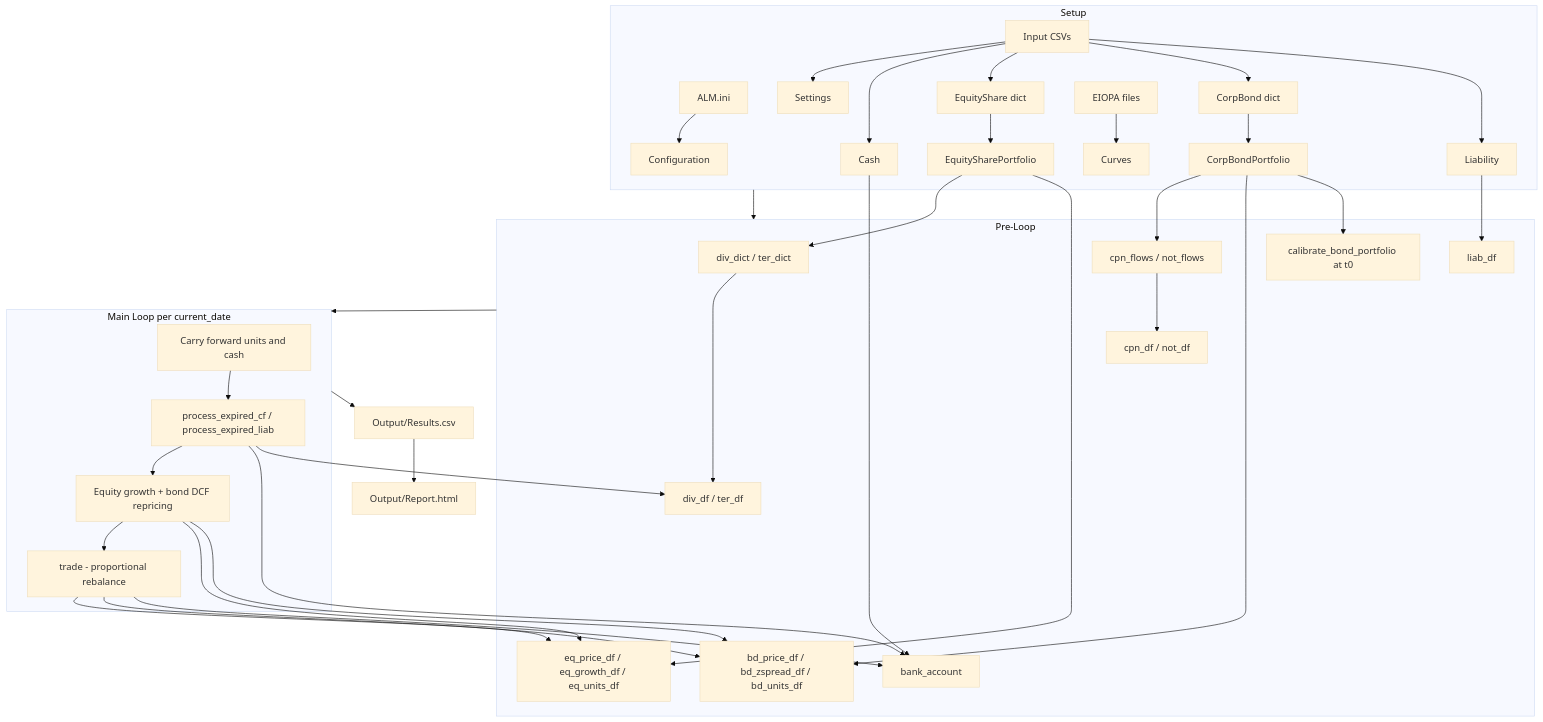
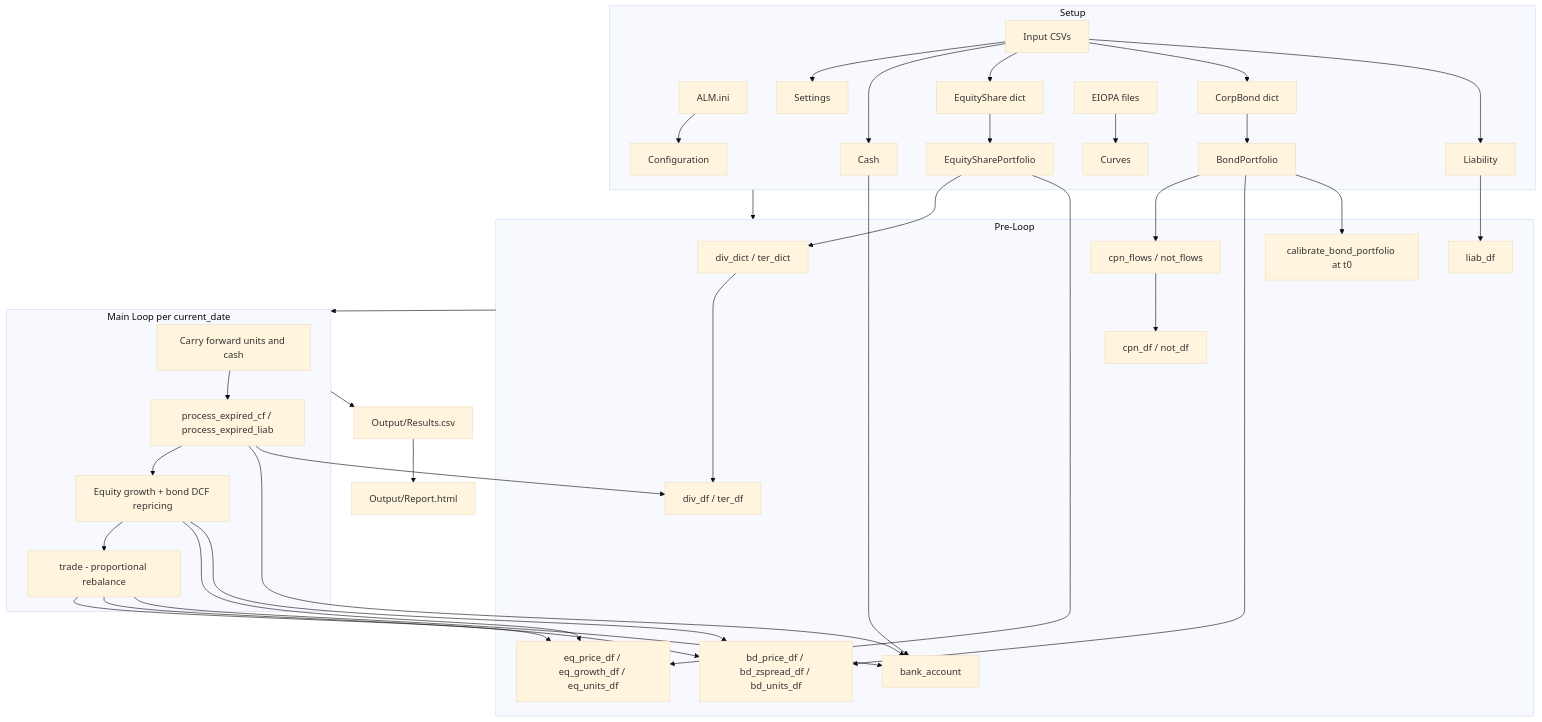
The diagram in AGENTS.md (open-source-modelling/Open_Source_Economic_Model), drawn with Mermaid (base theme) before and after one commit. The commit also changed other lines of this file and 7 other files, not shown here.

````diff
--- a/AGENTS.md
+++ b/AGENTS.md
@@ -41,45 +41,45 @@
 ```mermaid
 flowchart TB
     subgraph setup [Setup]
         INI[ALM.ini] --> conf[Configuration]
         CSV[Input CSVs] --> settings[Settings]
         CSV --> cashObj[Cash]
         CSV --> eqInput[EquityShare dict]
         CSV --> bdInput[CorpBond dict]
         CSV --> liabObj[Liability]
         EIOPA[EIOPA files] --> curves[Curves]
         eqInput --> eqPtf[EquitySharePortfolio]
-        bdInput --> bdPtf[CorpBondPortfolio]
+        bdInput --> bdPtf[BondPortfolio]
     end
 
     subgraph preloop [Pre-Loop]
         eqPtf --> cfDicts[div_dict / ter_dict]
         bdPtf --> bondDicts[cpn_flows / not_flows]
         cfDicts --> cfDfs[div_df / ter_df]
         bondDicts --> bondDfs[cpn_df / not_df]
         liabObj --> liabDf[liab_df]
         eqPtf --> eqDfs[eq_price_df / eq_growth_df / eq_units_df]
         bdPtf --> bdDfs[bd_price_df / bd_zspread_df / bd_units_df]
         cashObj --> bankDf[bank_account]
         bdPtf --> calib[calibrate_bond_portfolio at t0]
     end
 
     subgraph loop [Main Loop per current_date]
         carry[Carry forward units and cash]
         expire[process_expired_cf / process_expired_liab]
         grow[Equity growth + bond DCF repricing]
         tradeFn[trade - proportional rebalance]
         carry --> expire --> grow --> tradeFn
         expire --> bankDf
         expire --> cfDfs
         grow --> eqDfs
         grow --> bdDfs
         tradeFn --> eqDfs
         tradeFn --> bdDfs
         tradeFn --> bankDf
     end
 
     setup --> preloop --> loop
     loop --> results[Output/Results.csv]
     results --> report[Output/Report.html]
 ```
````
